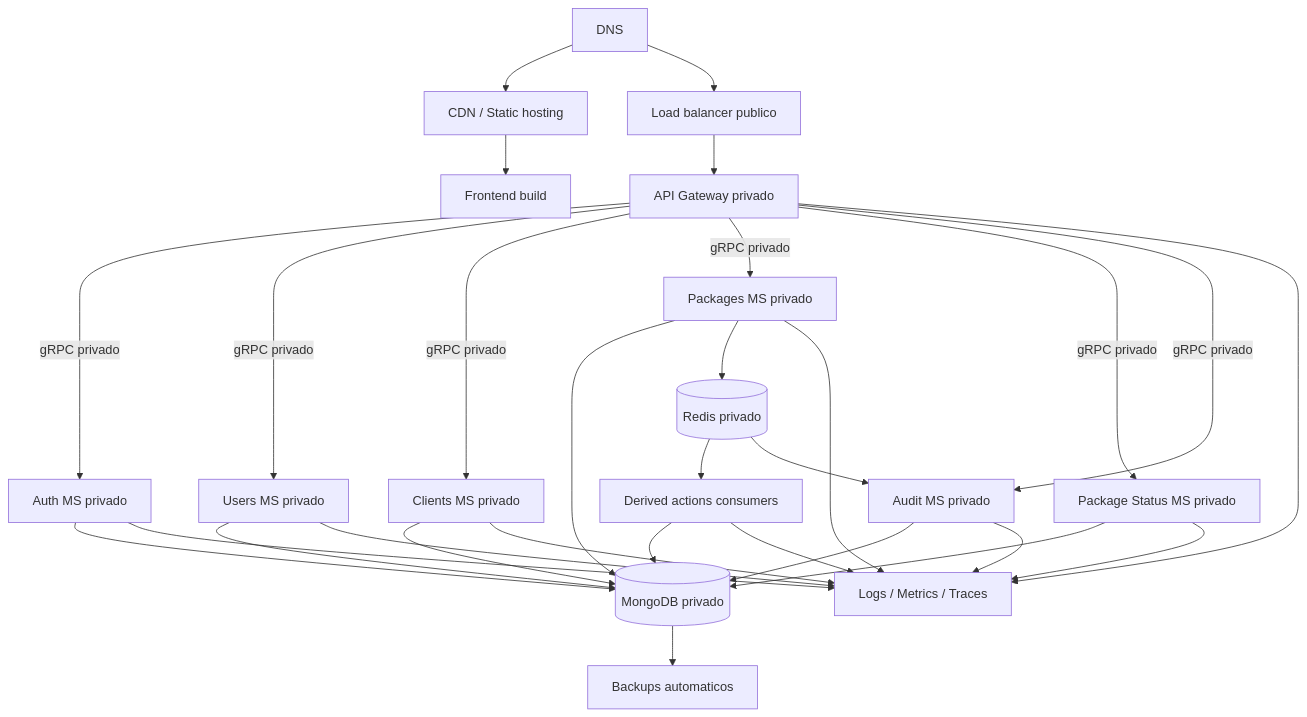
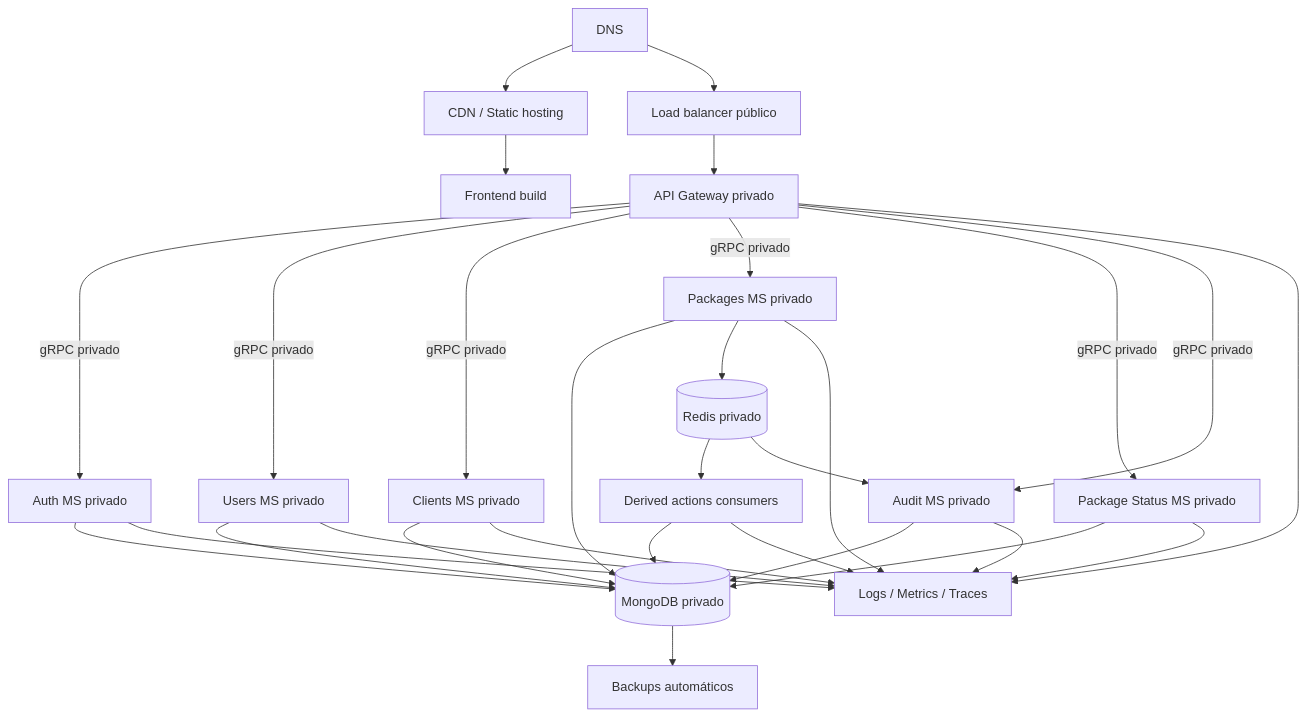
One commit to jucamo0713/tech-test-enviexpress changed the fourth of 4 diagrams in README.md. Above: the diagram before and after it, drawn with Mermaid. The commit also changed other lines of this file and 36 other files, not shown here.

````diff
--- a/README.md
+++ b/README.md
@@ -708,32 +708,32 @@
 ```mermaid
 flowchart TB
     DNS[DNS] --> CDN[CDN / Static hosting]
     CDN --> FE[Frontend build]
-    DNS --> LB[Load balancer publico]
+    DNS --> LB[Load balancer público]
     LB --> GW[API Gateway privado]
     GW -->|gRPC privado| AUTH[Auth MS privado]
     GW -->|gRPC privado| USERS[Users MS privado]
     GW -->|gRPC privado| CLIENTS[Clients MS privado]
     GW -->|gRPC privado| PACKAGES[Packages MS privado]
     GW -->|gRPC privado| PSM[Package Status MS privado]
     GW -->|gRPC privado| AUDIT[Audit MS privado]
     AUTH --> DB[(MongoDB privado)]
     USERS --> DB
     CLIENTS --> DB
     PACKAGES --> DB
     PSM --> DB
     AUDIT --> DB
     PACKAGES --> REDIS[(Redis privado)]
     REDIS --> PACKAGES_DERIVED[Derived actions consumers]
     REDIS --> AUDIT
     PACKAGES_DERIVED --> DB
     GW --> LOGS[Logs / Metrics / Traces]
     AUTH --> LOGS
     USERS --> LOGS
     CLIENTS --> LOGS
     PACKAGES --> LOGS
     PSM --> LOGS
     AUDIT --> LOGS
     PACKAGES_DERIVED --> LOGS
-    DB --> BK[Backups automaticos]
+    DB --> BK[Backups automáticos]
 ```
````
